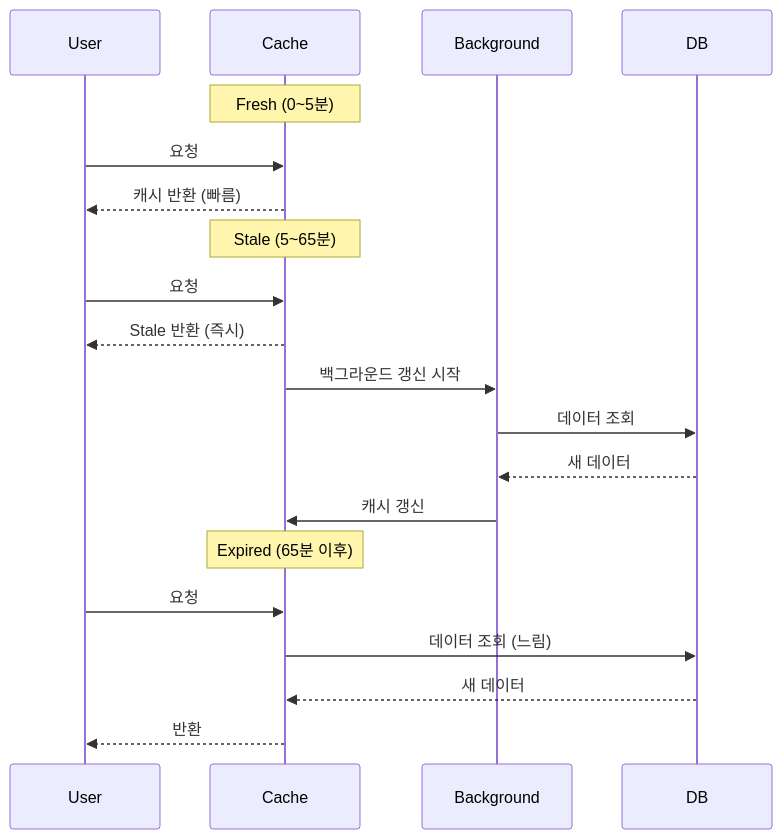
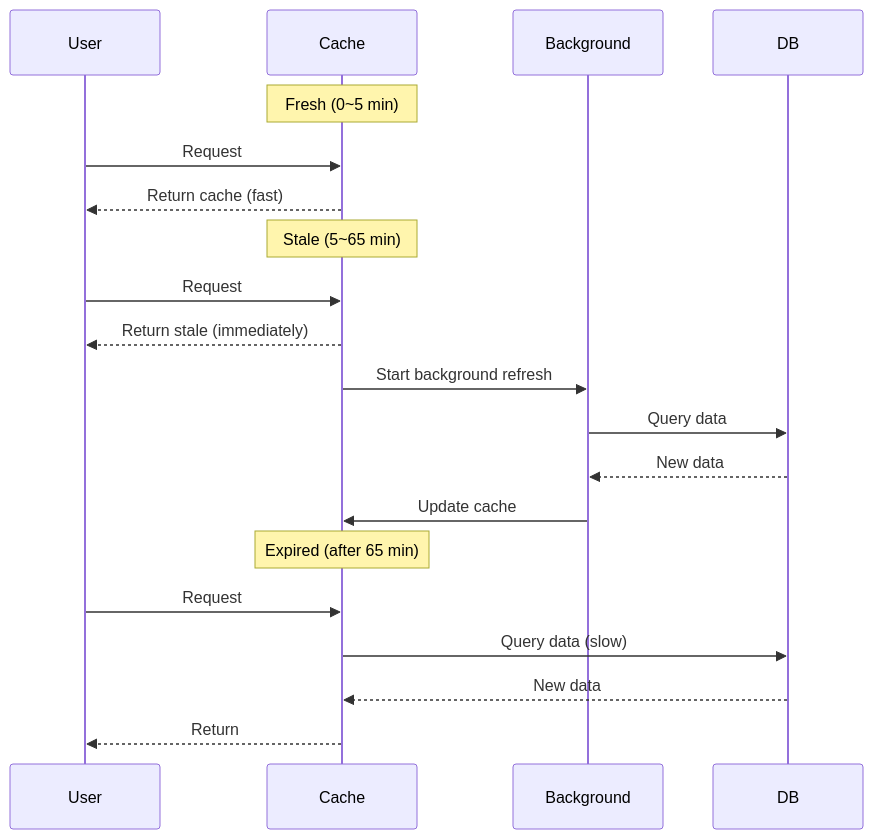
Before and after one commit to cartanova-ai/sonamu: the diagram in modules/docs/en/advanced-features/caching/cache-strategies.mdx, drawn with Mermaid. The commit also changed other lines of this file and 86 other files, not shown here.

````diff
--- a/modules/docs/en/advanced-features/caching/cache-strategies.mdx
+++ b/modules/docs/en/advanced-features/caching/cache-strategies.mdx
@@ -148,25 +148,25 @@
 ```mermaid
 sequenceDiagram
     participant User
     participant Cache
     participant Background
     participant DB
 
-    Note over Cache: Fresh (0~5분)
-    User->>Cache: 요청
-    Cache-->>User: 캐시 반환 (빠름)
+    Note over Cache: Fresh (0~5 min)
+    User->>Cache: Request
+    Cache-->>User: Return cache (fast)
 
-    Note over Cache: Stale (5~65분)
-    User->>Cache: 요청
-    Cache-->>User: Stale 반환 (즉시)
-    Cache->>Background: 백그라운드 갱신 시작
-    Background->>DB: 데이터 조회
-    DB-->>Background: 새 데이터
-    Background->>Cache: 캐시 갱신
+    Note over Cache: Stale (5~65 min)
+    User->>Cache: Request
+    Cache-->>User: Return stale (immediately)
+    Cache->>Background: Start background refresh
+    Background->>DB: Query data
+    DB-->>Background: New data
+    Background->>Cache: Update cache
 
-    Note over Cache: Expired (65분 이후)
-    User->>Cache: 요청
-    Cache->>DB: 데이터 조회 (느림)
-    DB-->>Cache: 새 데이터
-    Cache-->>User: 반환
+    Note over Cache: Expired (after 65 min)
+    User->>Cache: Request
+    Cache->>DB: Query data (slow)
+    DB-->>Cache: New data
+    Cache-->>User: Return
 ```
````
